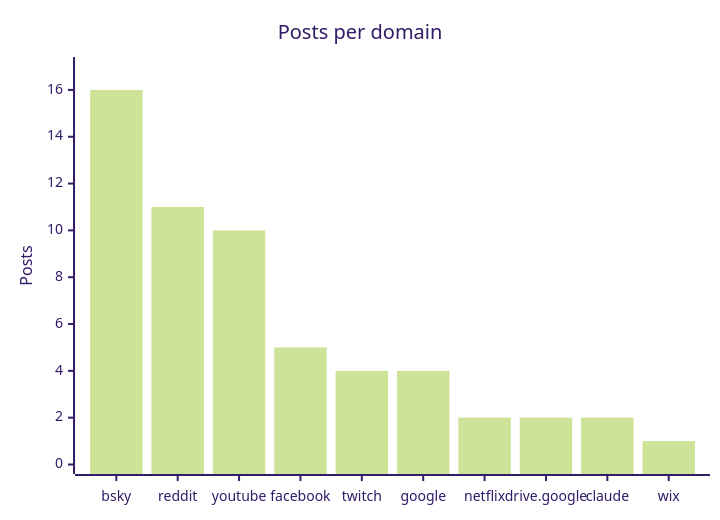
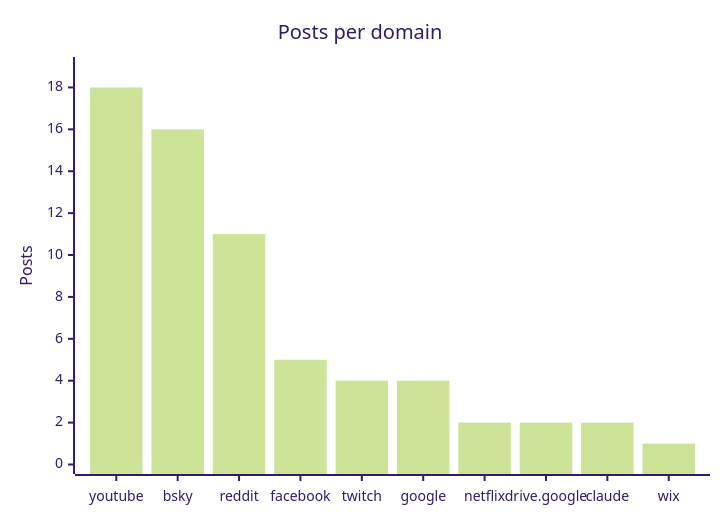
The fourth of 4 diagrams in README.md (martinbalfanz/social-scanner-reports), drawn with Mermaid (forest theme) before and after one commit. The commit also changed other lines of this file and 2 other files, not shown here.

````diff
--- a/README.md
+++ b/README.md
@@ -58,7 +58,7 @@
 ```mermaid
 xychart-beta
     title "Posts per domain"
-    x-axis ["bsky", "reddit", "youtube", "facebook", "twitch", "google", "netflix", "drive.google", "claude", "wix"]
-    y-axis "Posts" 0 --> 17
-    bar [16, 11, 10, 5, 4, 4, 2, 2, 2, 1]
+    x-axis ["youtube", "bsky", "reddit", "facebook", "twitch", "google", "netflix", "drive.google", "claude", "wix"]
+    y-axis "Posts" 0 --> 19
+    bar [18, 16, 11, 5, 4, 4, 2, 2, 2, 1]
 ```
````
